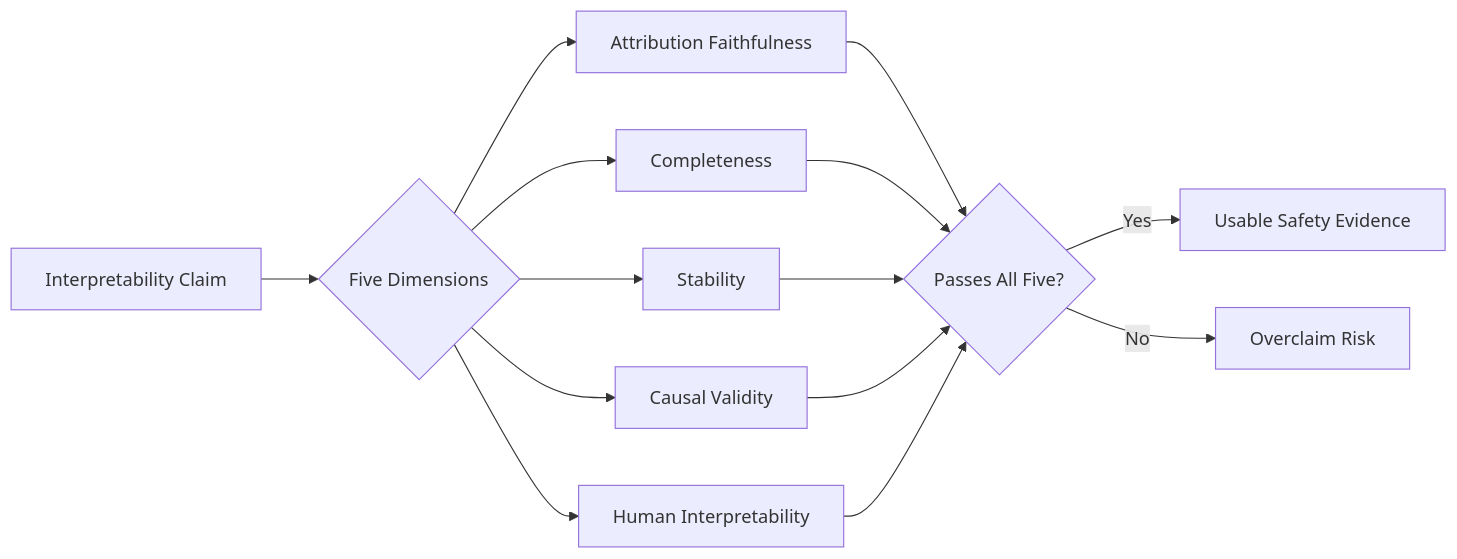
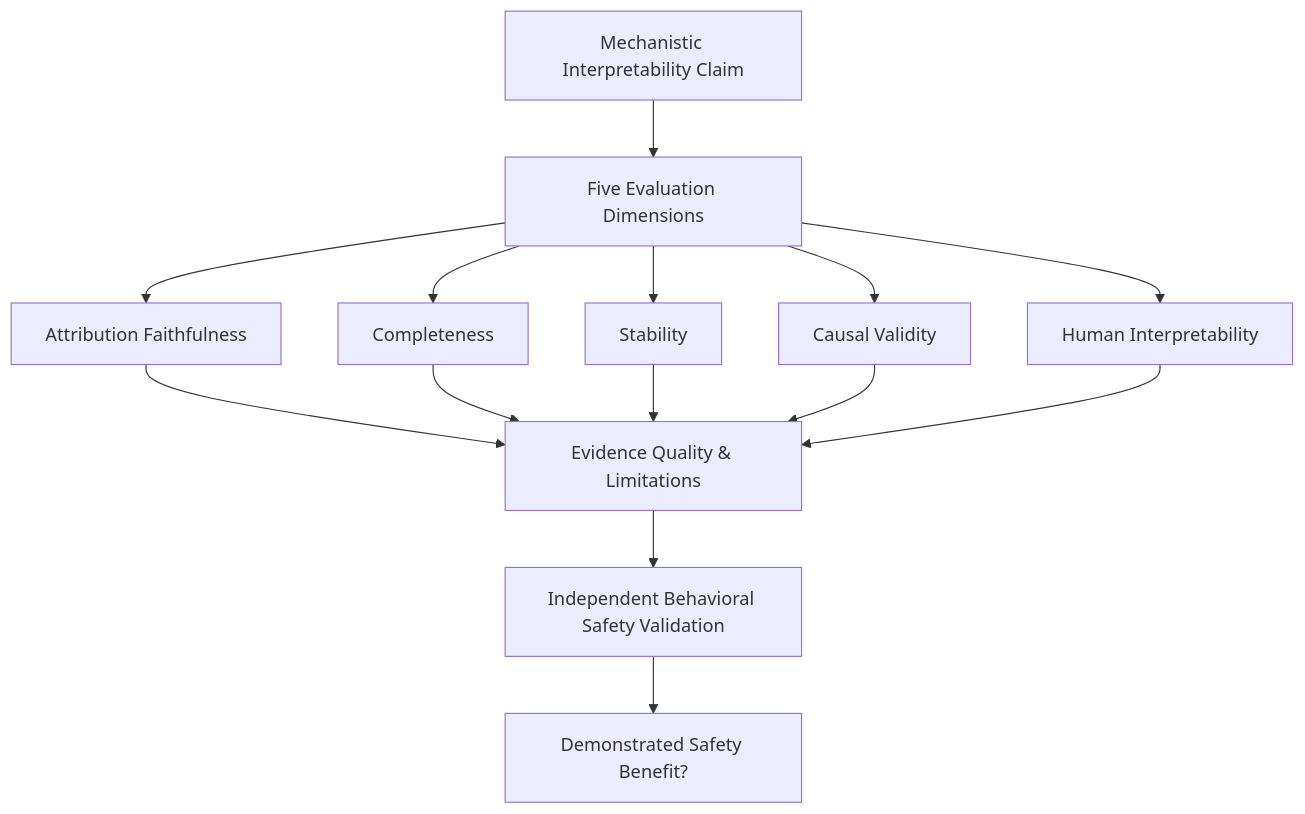
One commit to minwu-ai/minwu-ai.github.io changed the diagram in posts/unpublished/a-27-author-survey-asks-the-question-interpretability-resear.md. Above: the diagram before and after it, drawn with Mermaid. The commit also changed other lines of this file, not shown here.

````diff
--- a/posts/unpublished/a-27-author-survey-asks-the-question-interpretability-resear.md
+++ b/posts/unpublished/a-27-author-survey-asks-the-question-interpretability-resear.md
@@ -23,12 +50,19 @@
 ```mermaid
-flowchart LR
-    A[Interpretability Claim] --> B{Five Dimensions}
-    B --> C[Attribution Faithfulness]
-    B --> D[Completeness]
-    B --> E[Stability]
-    B --> F[Causal Validity]
-    B --> G[Human Interpretability]
-    C & D & E & F & G --> H{Passes All Five?}
-    H -->|Yes| I[Usable Safety Evidence]
-    H -->|No| J[Overclaim Risk]
+flowchart TD
+    A["Mechanistic Interpretability Claim"] --> B["Five Evaluation Dimensions"]
+
+    B --> C["Attribution Faithfulness"]
+    B --> D["Completeness"]
+    B --> E["Stability"]
+    B --> F["Causal Validity"]
+    B --> G["Human Interpretability"]
+
+    C --> H["Evidence Quality & Limitations"]
+    D --> H
+    E --> H
+    F --> H
+    G --> H
+
+    H --> I["Independent Behavioral Safety Validation"]
+    I --> J["Demonstrated Safety Benefit?"]
 ```
````
